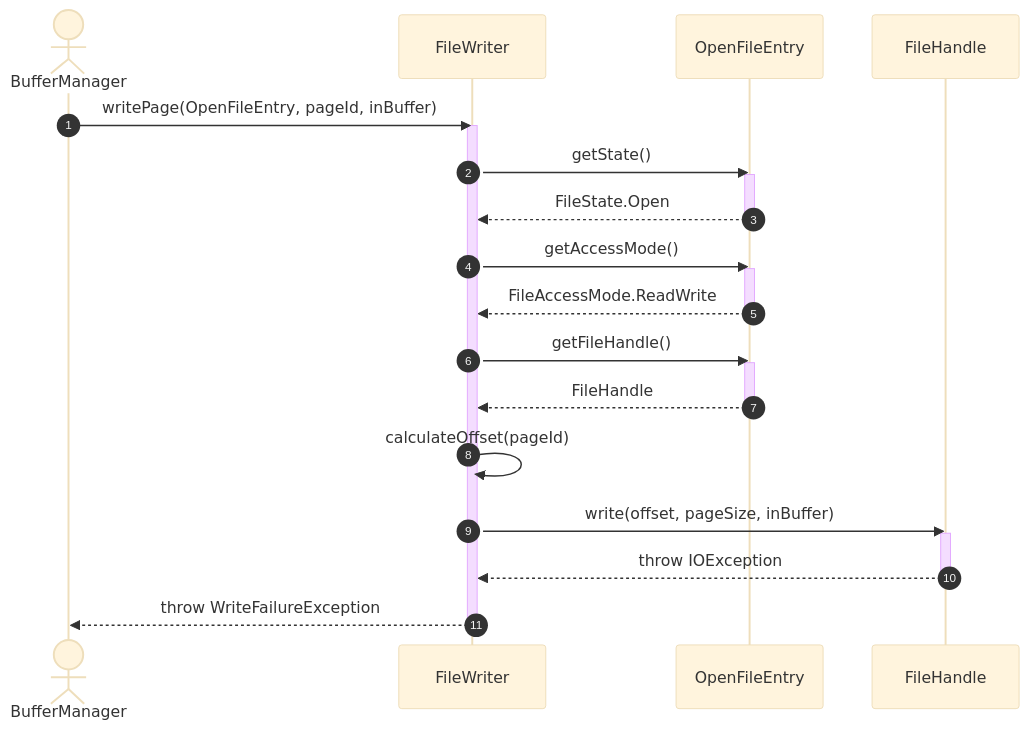
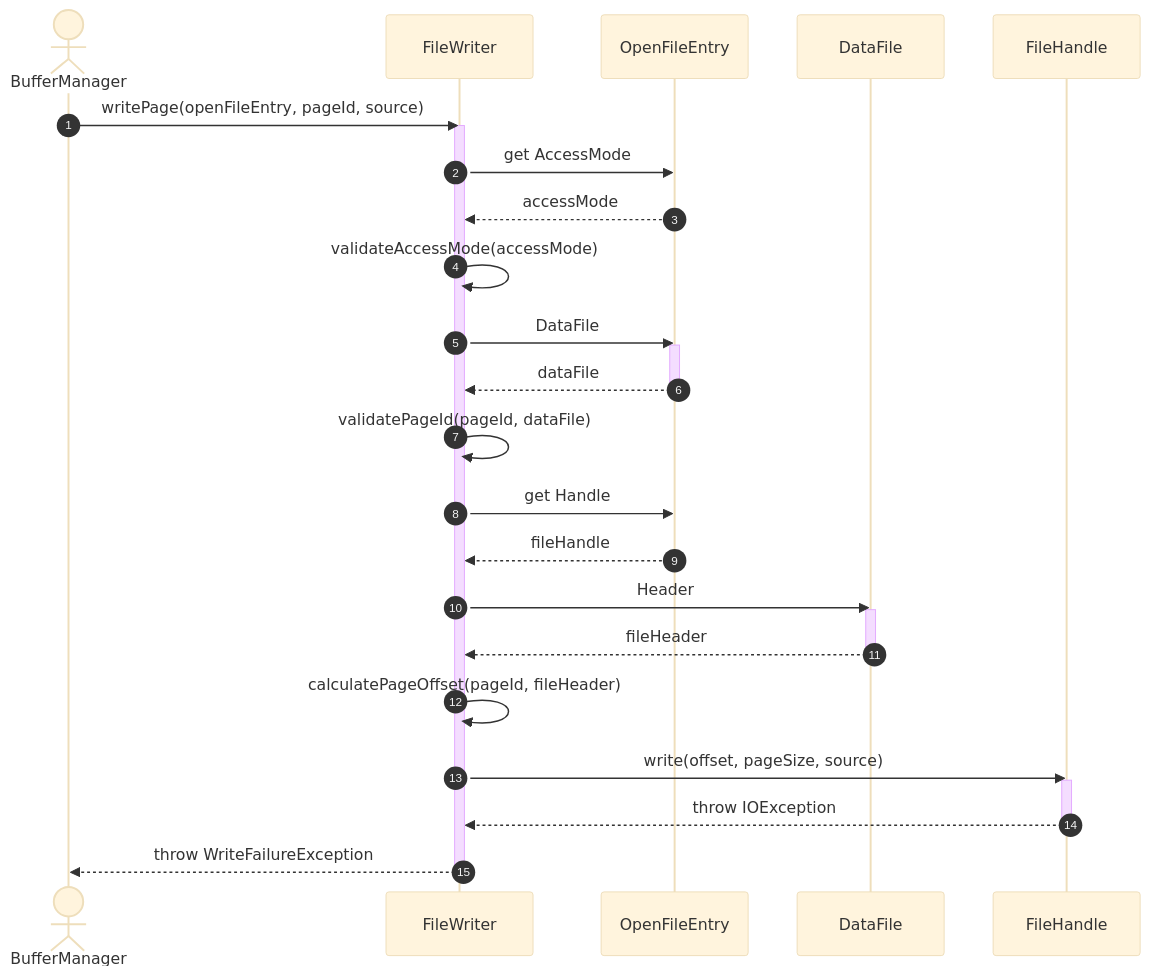
Before and after one commit to manaxpow/DBMS: the fifth of 5 diagrams in docs/diagrams/sequence-diagrams/storage-engine/file-management/file-io/write-file.md, drawn with Mermaid (base theme). The commit also changed other lines of this file and 41 other files, not shown here.

Commit message:
#3 upload class and sequencce diagram

````diff
--- a/docs/diagrams/sequence-diagrams/storage-engine/file-management/file-io/write-file.md
+++ b/docs/diagrams/sequence-diagrams/storage-engine/file-management/file-io/write-file.md
@@ -78,36 +162,42 @@
 ```mermaid
 sequenceDiagram
     autonumber
     actor BM as BufferManager
     participant FW as FileWriter
     participant OE as OpenFileEntry
+    participant DF as DataFile
     participant FH as FileHandle
 
-    BM->>FW: writePage(OpenFileEntry, pageId, inBuffer)
+    BM->>FW: writePage(openFileEntry, pageId, source)
     activate FW
     
-    FW->>OE: getState()
+    FW->>OE: get AccessMode
+    OE-->>FW: accessMode
+    
+    FW->>FW: validateAccessMode(accessMode)
+    
+    FW->>OE: DataFile
     activate OE
-    OE-->>FW: FileState.Open
+    OE-->>FW: dataFile
     deactivate OE
     
-    FW->>OE: getAccessMode()
-    activate OE
-    OE-->>FW: FileAccessMode.ReadWrite
-    deactivate OE
+    FW->>FW: validatePageId(pageId, dataFile)
     
-    FW->>OE: getFileHandle()
-    activate OE
-    OE-->>FW: FileHandle
-    deactivate OE
+    FW->>OE: get Handle
+    OE-->>FW: fileHandle
     
-    FW->>FW: calculateOffset(pageId)
+    FW->>DF: Header
+    activate DF
+    DF-->>FW: fileHeader
+    deactivate DF
     
-    FW->>FH: write(offset, pageSize, inBuffer)
+    FW->>FW: calculatePageOffset(pageId, fileHeader)
+    
+    FW->>FH: write(offset, pageSize, source)
     activate FH
     FH-->>FW: throw IOException
     deactivate FH
     
     FW-->>BM: throw WriteFailureException
     deactivate FW
 ```
````
